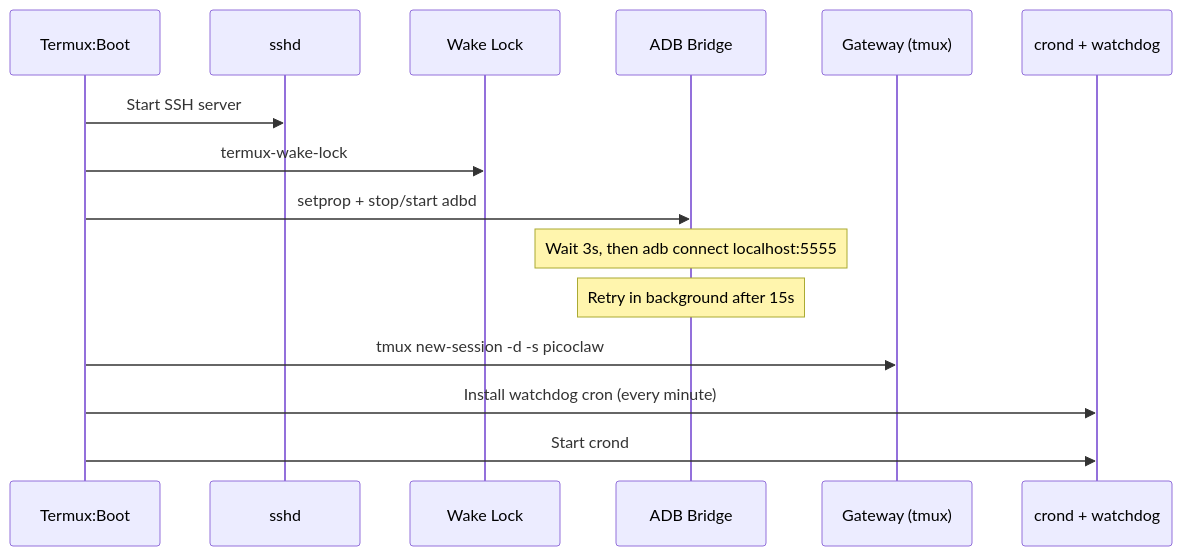
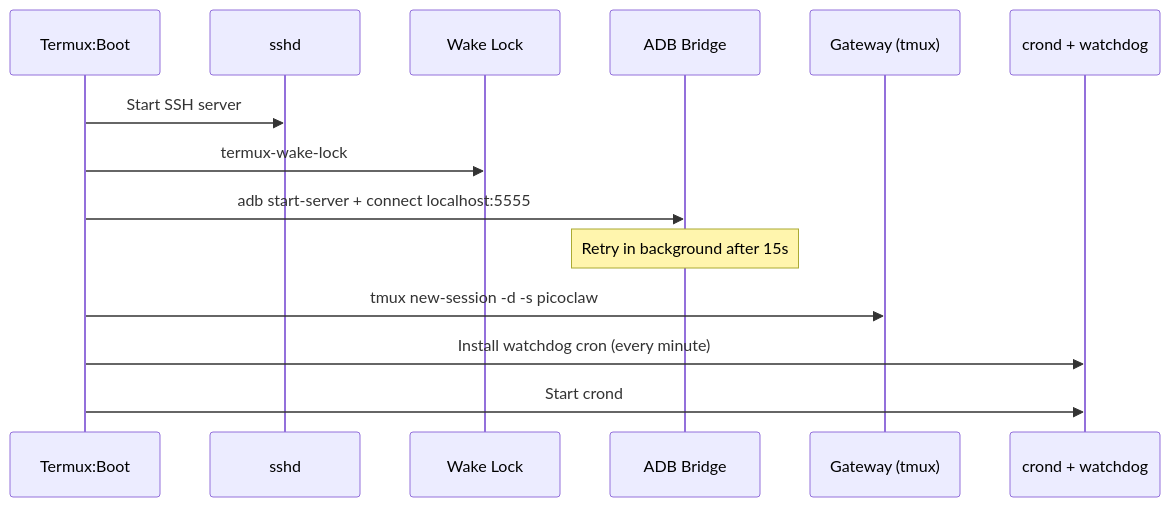
Before and after one commit to carrilloapps/picoclaw-dotfiles: the first of 3 diagrams in docs/06-resilience.md, drawn with Mermaid. The commit also changed other lines of this file and 68 other files, not shown here.

````diff
--- a/docs/06-resilience.md
+++ b/docs/06-resilience.md
@@ -15,18 +15,17 @@
 ```mermaid
 sequenceDiagram
     participant BOOT as Termux:Boot
     participant SSHD as sshd
     participant WAKE as Wake Lock
     participant ADB as ADB Bridge
     participant GW as Gateway (tmux)
     participant CRON as crond + watchdog
 
     BOOT->>SSHD: Start SSH server
     BOOT->>WAKE: termux-wake-lock
-    BOOT->>ADB: setprop + stop/start adbd
-    Note over ADB: Wait 3s, then adb connect localhost:5555
+    BOOT->>ADB: adb start-server + connect localhost:5555
     Note over ADB: Retry in background after 15s
     BOOT->>GW: tmux new-session -d -s picoclaw
     BOOT->>CRON: Install watchdog cron (every minute)
     BOOT->>CRON: Start crond
 ```
````
